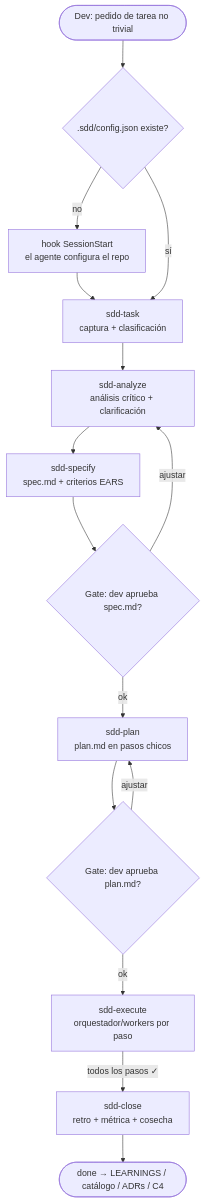
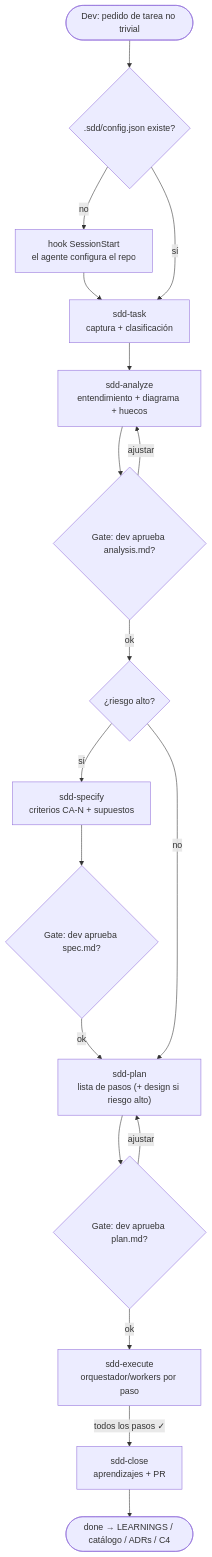
One commit to ezepaskana/sddkit changed the diagram in README.md. Above: the diagram before and after it, drawn with Mermaid. The commit also changed other lines of this file and 29 other files, not shown here.

First line of the commit message:
feat(flujo): artefactos que entran en la terminal, con mermaid renderizado

````diff
--- a/README.md
+++ b/README.md
@@ -50,19 +52,24 @@
 ```mermaid
 flowchart TD
   start(["Dev: pedido de tarea no trivial"]) --> boot{".sdd/config.json existe?"}
   boot -- no --> hook["hook SessionStart<br/>el agente configura el repo"]
   hook --> task
   boot -- sí --> task["sdd-task<br/>captura + clasificación"]
 
-  task --> analyze["sdd-analyze<br/>análisis crítico + clarificación"]
-  analyze --> specify["sdd-specify<br/>spec.md + criterios EARS"]
+  task --> analyze["sdd-analyze<br/>entendimiento + diagrama + huecos"]
+  analyze --> gateAn{"Gate: dev aprueba analysis.md?"}
+  gateAn -- ajustar --> analyze
+  gateAn -- ok --> riesgo{"¿riesgo alto?"}
+
+  riesgo -- sí --> specify["sdd-specify<br/>criterios CA-N + supuestos"]
   specify --> gateSpec{"Gate: dev aprueba spec.md?"}
-  gateSpec -- ajustar --> analyze
-  gateSpec -- ok --> plan["sdd-plan<br/>plan.md en pasos chicos"]
+  gateSpec -- ok --> plan
+  riesgo -- no --> plan["sdd-plan<br/>lista de pasos (+ design si riesgo alto)"]
+
   plan --> gatePlan{"Gate: dev aprueba plan.md?"}
   gatePlan -- ajustar --> plan
   gatePlan -- ok --> execute["sdd-execute<br/>orquestador/workers por paso"]
 
-  execute -- "todos los pasos ✓" --> close["sdd-close<br/>retro + métrica + cosecha"]
+  execute -- "todos los pasos ✓" --> close["sdd-close<br/>aprendizajes + PR"]
   close --> done(["done → LEARNINGS / catálogo / ADRs / C4"])
 ```
````
